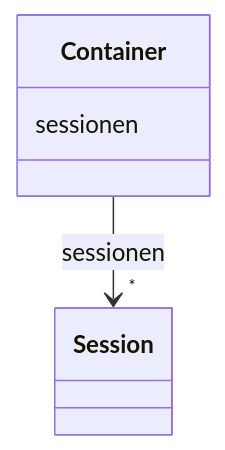
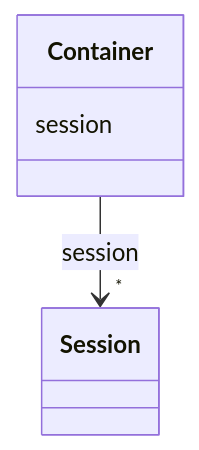
The diagram in tutorial/output/docs/Container.md (swiss/political-affairs-ech-group), drawn with Mermaid before and after one commit. The commit also changed other lines of this file and 18 other files, not shown here.

````diff
--- a/tutorial/output/docs/Container.md
+++ b/tutorial/output/docs/Container.md
@@ -14,15 +14,15 @@
 ```mermaid
  classDiagram
     class Container
     click Container href "../Container"
-      Container : sessionen
+      Container : session
         
           
     
     
-    Container --> "*" Session : sessionen
+    Container --> "*" Session : session
     click Session href "../Session"
 
         
       
 ```
````
